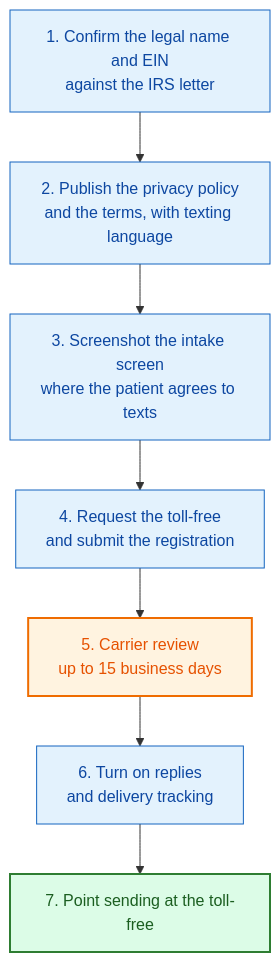
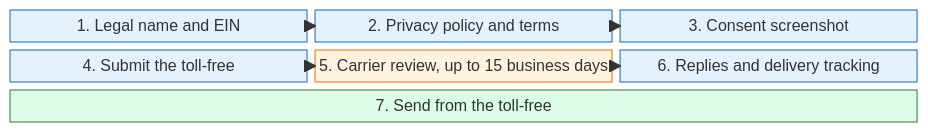
One commit to daava-hq/shared-docs changed the third of 5 diagrams in docs/office-number-texting-report.md. Above: the diagram before and after it, drawn with Mermaid. The commit also changed other lines of this file, not shown here.

First line of the commit message:
Widen the texting report diagrams

````diff
--- a/docs/office-number-texting-report.md
+++ b/docs/office-number-texting-report.md
@@ -156,17 +156,22 @@
 ```mermaid
-flowchart TD
-  A["1. Confirm the legal name and EIN<br/>against the IRS letter"] --> B["2. Publish the privacy policy<br/>and the terms, with texting language"]
-  B --> C["3. Screenshot the intake screen<br/>where the patient agrees to texts"]
-  C --> D["4. Request the toll-free<br/>and submit the registration"]
-  D --> E["5. Carrier review<br/>up to 15 business days"]
-  E --> F["6. Turn on replies<br/>and delivery tracking"]
-  F --> G["7. Point sending at the toll-free"]
-
-  classDef actionNode fill:#e3f2fd,stroke:#1565c0,color:#0d47a1
-  classDef waitNode fill:#fff3e0,stroke:#ef6c00,stroke-width:2px,color:#e65100
-  classDef cleanNode fill:#dcfce7,stroke:#2e7d32,stroke-width:2px,color:#1b5e20
-
-  class A,B,C,D,F actionNode
-  class E waitNode
-  class G cleanNode
+block-beta
+  columns 3
+  A["1. Legal name and EIN"]
+  B["2. Privacy policy and terms"]
+  C["3. Consent screenshot"]
+  D["4. Submit the toll-free"]
+  E["5. Carrier review, up to 15 business days"]
+  F["6. Replies and delivery tracking"]
+  G["7. Send from the toll-free"]:3
+  A --> B
+  B --> C
+  D --> E
+  E --> F
+  style A fill:#e3f2fd,stroke:#1565c0,color:#0d47a1
+  style B fill:#e3f2fd,stroke:#1565c0,color:#0d47a1
+  style C fill:#e3f2fd,stroke:#1565c0,color:#0d47a1
+  style D fill:#e3f2fd,stroke:#1565c0,color:#0d47a1
+  style F fill:#e3f2fd,stroke:#1565c0,color:#0d47a1
+  style E fill:#fff3e0,stroke:#ef6c00,color:#e65100
+  style G fill:#dcfce7,stroke:#2e7d32,color:#1b5e20
 ```
````
